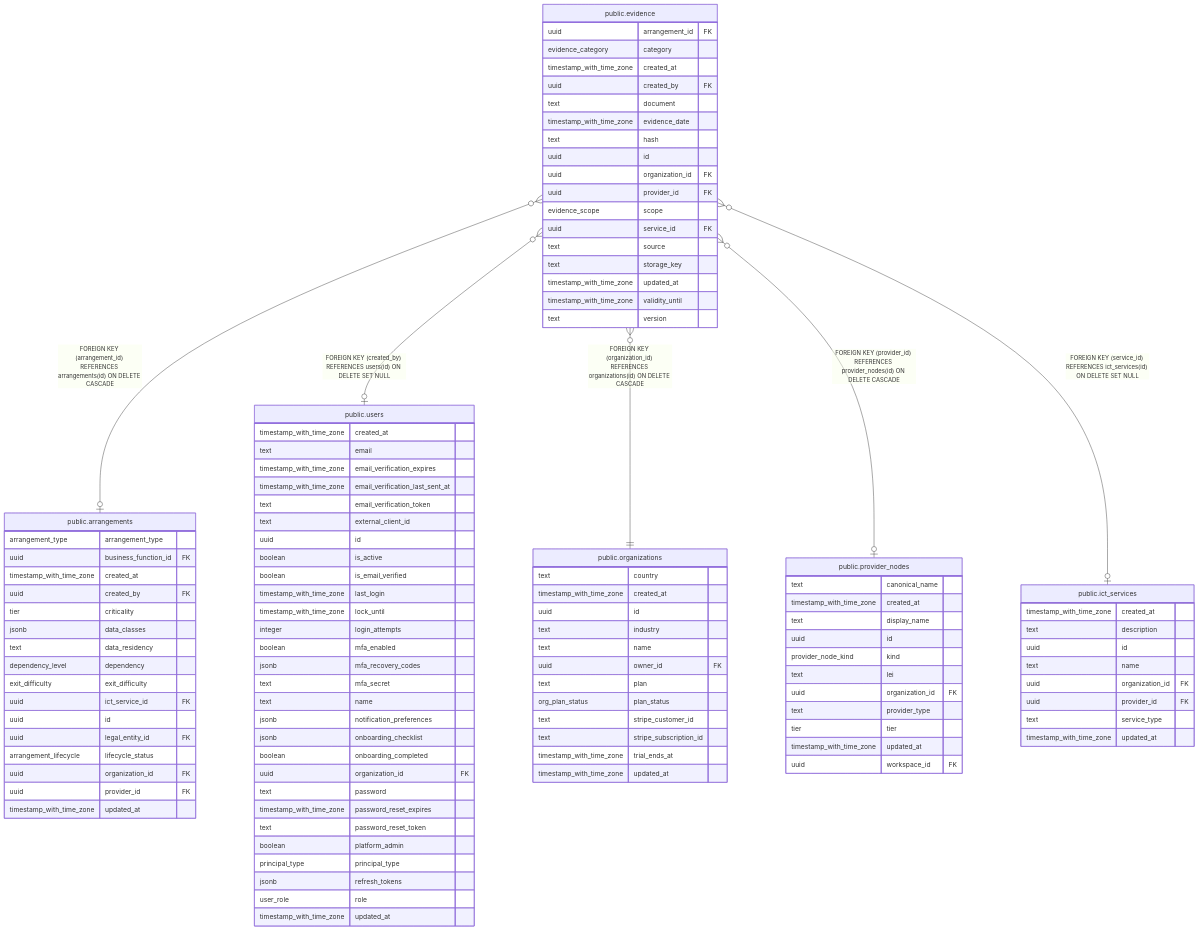
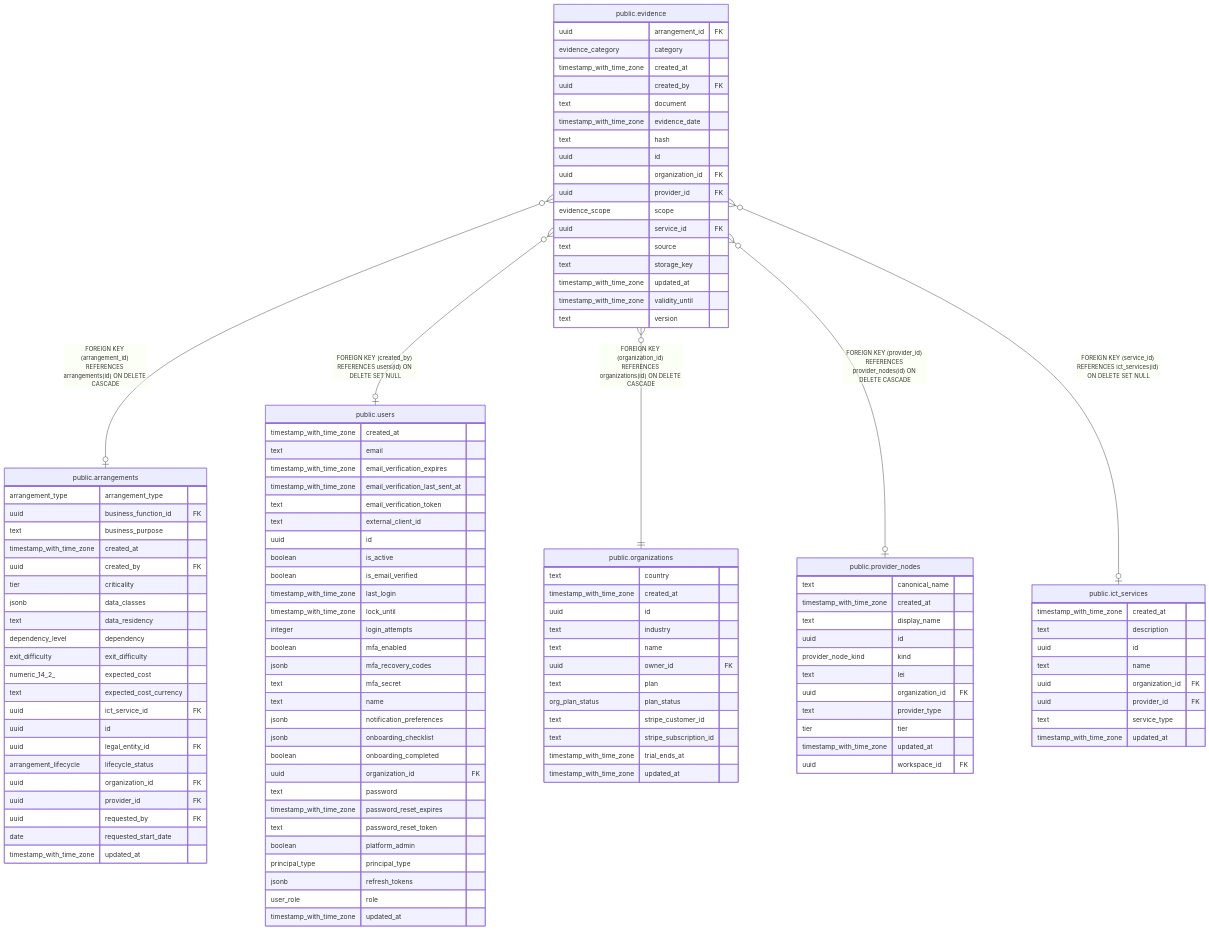
One commit to andrelair-platform/retrieva-backend changed the diagram in docs/data-model/public.evidence.md. Above: the diagram before and after it, drawn with Mermaid. The commit also changed 26 other files, not shown here.

```diff
--- a/docs/data-model/public.evidence.md
+++ b/docs/data-model/public.evidence.md
@@ -77,6 +77,7 @@
 "public.arrangements" {
   arrangement_type arrangement_type
   uuid business_function_id FK
+  text business_purpose
   timestamp_with_time_zone created_at
   uuid created_by FK
   tier criticality
@@ -84,12 +85,16 @@
   text data_residency
   dependency_level dependency
   exit_difficulty exit_difficulty
+  numeric_14_2_ expected_cost
+  text expected_cost_currency
   uuid ict_service_id FK
   uuid id
   uuid legal_entity_id FK
   arrangement_lifecycle lifecycle_status
   uuid organization_id FK
   uuid provider_id FK
+  uuid requested_by FK
+  date requested_start_date
   timestamp_with_time_zone updated_at
 }
 "public.users" {
```
